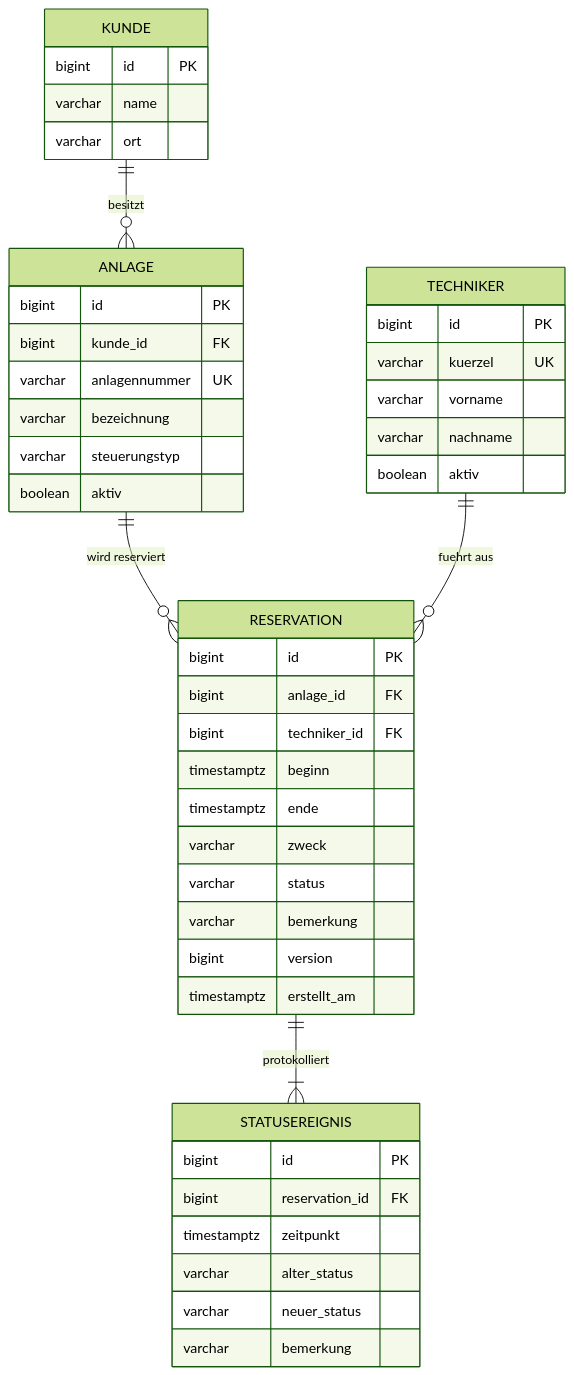
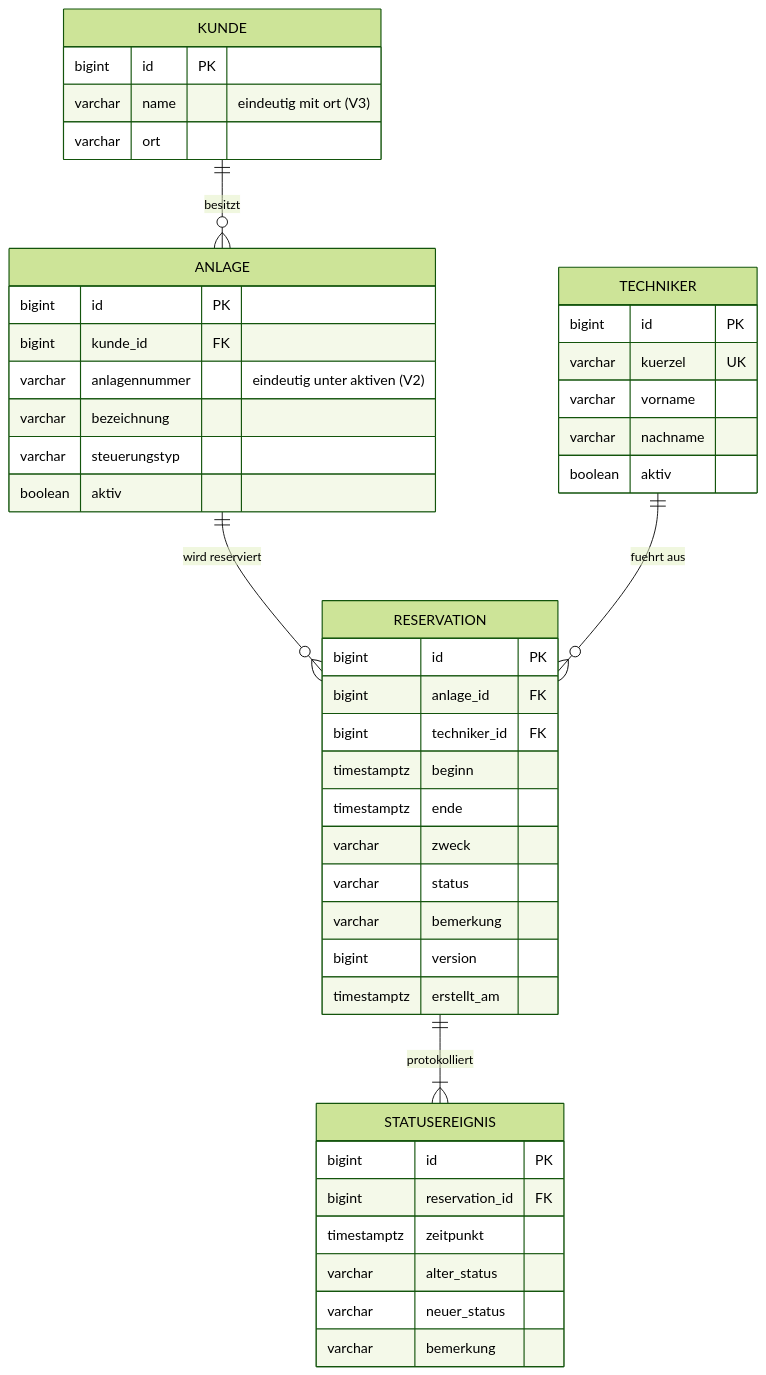
Before and after one commit to SimWie/remoteslot: the diagram in docs/er-diagramm.md, drawn with Mermaid (forest theme). The commit also changed other lines of this file and 21 other files, not shown here.

````diff
--- a/docs/er-diagramm.md
+++ b/docs/er-diagramm.md
@@ -3,48 +3,48 @@
 ```mermaid
 erDiagram
     KUNDE ||--o{ ANLAGE : besitzt
     ANLAGE ||--o{ RESERVATION : "wird reserviert"
     TECHNIKER ||--o{ RESERVATION : "fuehrt aus"
     RESERVATION ||--|{ STATUSEREIGNIS : protokolliert
 
     KUNDE {
         bigint id PK
-        varchar name
+        varchar name "eindeutig mit ort (V3)"
         varchar ort
     }
     ANLAGE {
         bigint id PK
         bigint kunde_id FK
-        varchar anlagennummer UK
+        varchar anlagennummer "eindeutig unter aktiven (V2)"
         varchar bezeichnung
         varchar steuerungstyp
         boolean aktiv
     }
     TECHNIKER {
         bigint id PK
         varchar kuerzel UK
         varchar vorname
         varchar nachname
         boolean aktiv
     }
     RESERVATION {
         bigint id PK
         bigint anlage_id FK
         bigint techniker_id FK
         timestamptz beginn
         timestamptz ende
         varchar zweck
         varchar status
         varchar bemerkung
         bigint version
         timestamptz erstellt_am
     }
     STATUSEREIGNIS {
         bigint id PK
         bigint reservation_id FK
         timestamptz zeitpunkt
         varchar alter_status
         varchar neuer_status
         varchar bemerkung
     }
 ```
````
